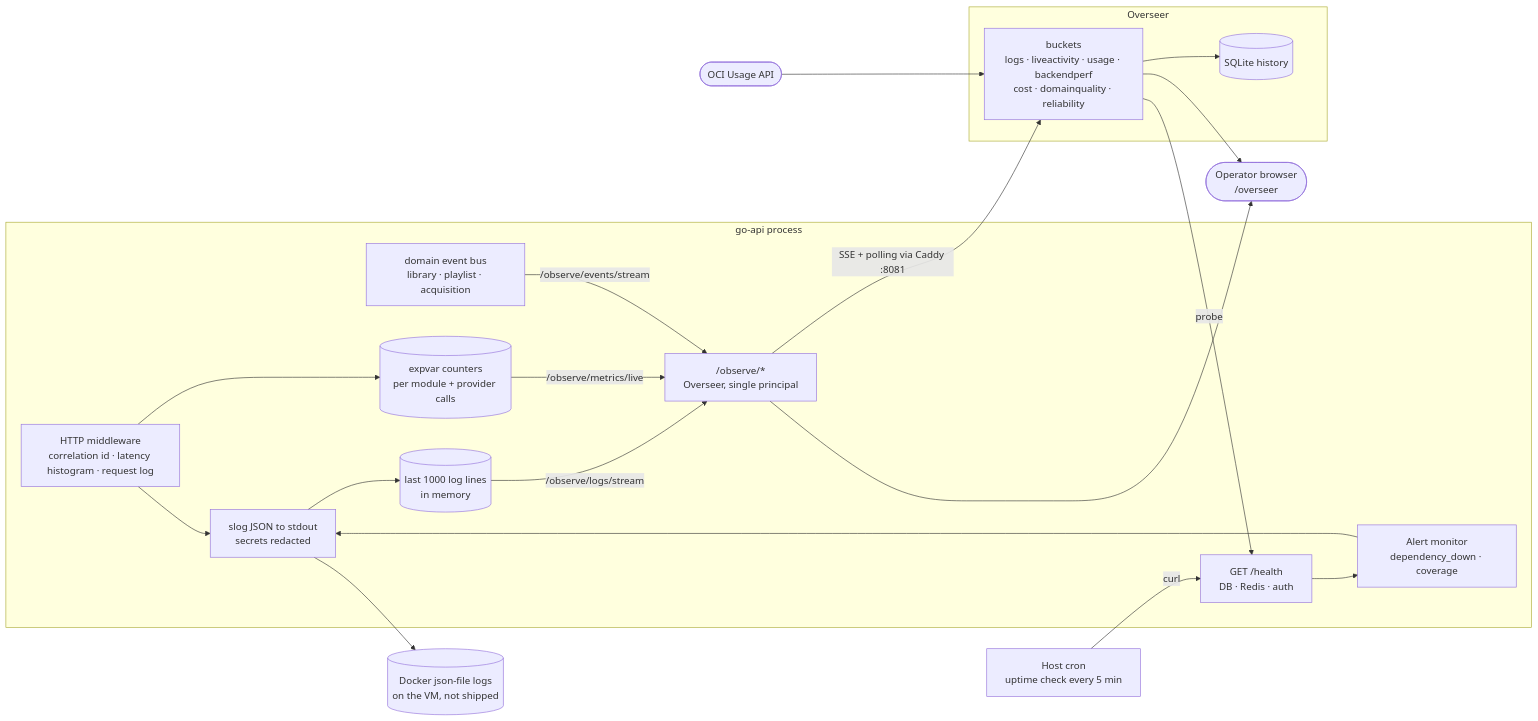
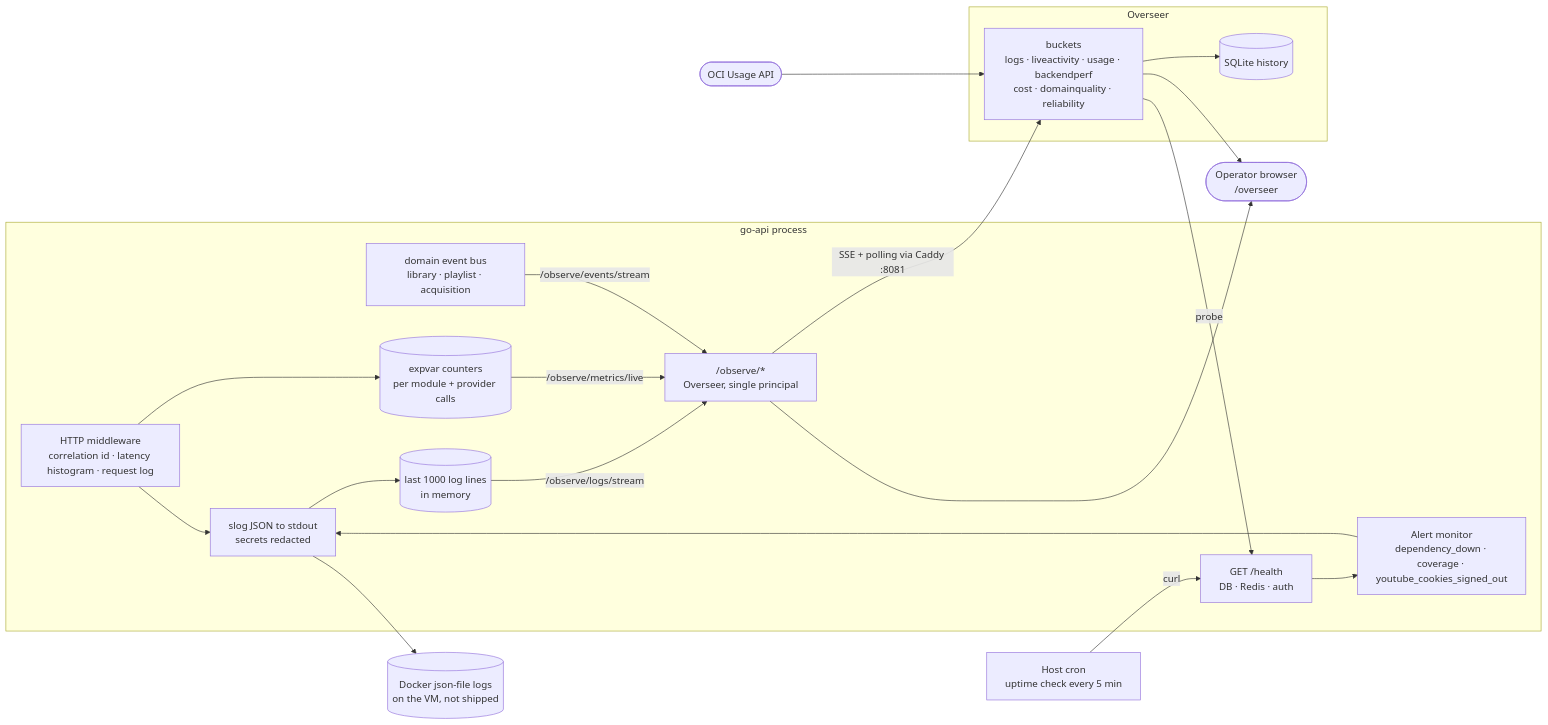
The second of 2 diagrams in docs/diagrams/telemetry.md (aleburrascano/altune), drawn with Mermaid before and after one commit. The commit also changed 9 other files, not shown here.

Commit message:
feat(acquisition): a bot check marks the cookie jar signed out until a YouTube run succeeds on it, and the youtube_cookies_signed_out alert emails the drop-in command while it is

````diff
--- a/docs/diagrams/telemetry.md
+++ b/docs/diagrams/telemetry.md
@@ -52,38 +52,38 @@
 ```mermaid
 flowchart LR
     subgraph goapi [go-api process]
         mw["HTTP middleware<br/>correlation id · latency histogram · request log"]
         slog["slog JSON to stdout<br/>secrets redacted"]
         ring[("last 1000 log lines<br/>in memory")]
         expvar[("expvar counters<br/>per module + provider calls")]
         bus["domain event bus<br/>library · playlist · acquisition"]
         health["GET /health<br/>DB · Redis · auth"]
-        alertmon["Alert monitor<br/>dependency_down · coverage"]
+        alertmon["Alert monitor<br/>dependency_down · coverage · youtube_cookies_signed_out"]
         observe["/observe/*<br/>Overseer, single principal"]
     end
 
     docker[("Docker json-file logs<br/>on the VM, not shipped")]
     uptime["Host cron<br/>uptime check every 5 min"]
 
     subgraph overseer [Overseer]
         buckets["buckets<br/>logs · liveactivity · usage · backendperf<br/>cost · domainquality · reliability"]
         sqlite[("SQLite history")]
     end
     oci(["OCI Usage API"])
     operator(["Operator browser<br/>/overseer"])
 
     mw --> slog --> docker
     slog --> ring
     mw --> expvar
     ring -->|/observe/logs/stream| observe
     expvar -->|/observe/metrics/live| observe
     bus -->|/observe/events/stream| observe
     health --> alertmon --> slog
     uptime -->|curl| health
     observe -->|SSE + polling via Caddy :8081| buckets
     buckets -->|probe| health
     oci --> buckets
     buckets --> sqlite
     buckets --> operator
     observe --> operator
 ```
````
